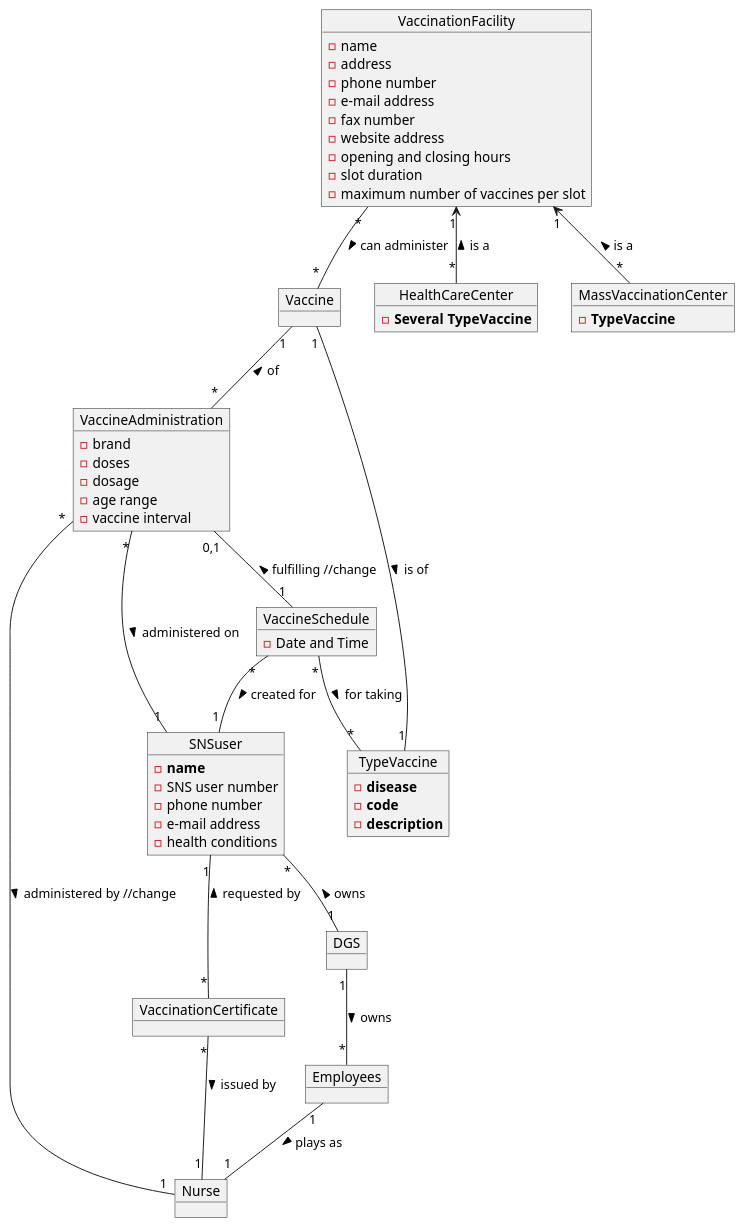
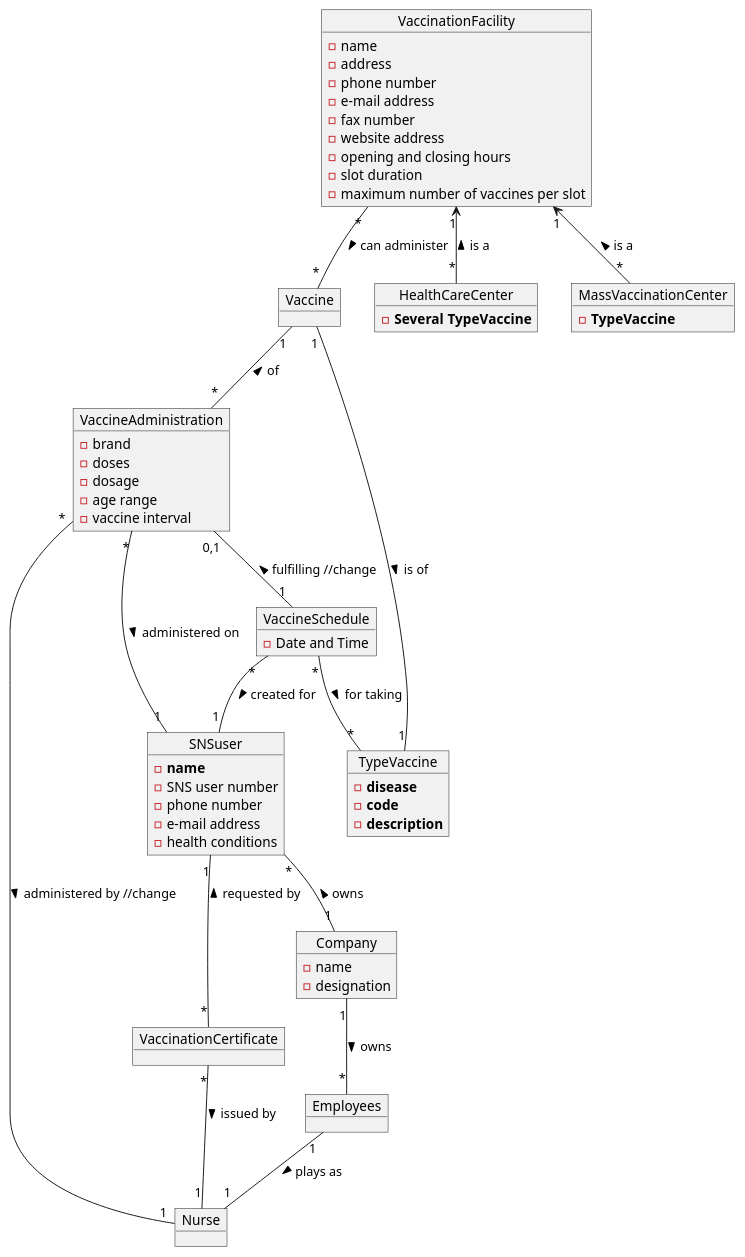
The diagram in docs/SprintD/US008/US008_MD.puml (osnilas/SNSsystem), drawn with PlantUML before and after one commit. The commit also changed 14 other files, not shown here.

```diff
--- a/docs/SprintD/US008/US008_MD.puml
+++ b/docs/SprintD/US008/US008_MD.puml
@@ -1,69 +1,72 @@
 @startuml
 'https://plantuml.com/class-diagram
 
 object SNSuser{
 -**name**
 -SNS user number
 -phone number
 -e-mail address
 -health conditions
 }
-object DGS
+object Company{
+-name
+-designation
+}
 object Employees
 object Nurse
 object VaccinationFacility{
 -name
 -address
 -phone number
 -e-mail address
 -fax number
 -website address
 -opening and closing hours
 -slot duration
 -maximum number of vaccines per slot
 }
 object HealthCareCenter{
 -**Several TypeVaccine**
 }
 object MassVaccinationCenter{
 -**TypeVaccine**
 }
 object TypeVaccine{
 -**disease**
 -**code**
 -**description**
 }
 
 object Vaccine
 
 object VaccineSchedule{
 -Date and Time
 }
 
 object VaccineAdministration {
 -brand
 -doses
 -dosage
 -age range
 -vaccine interval
 }
 object VaccinationCertificate
 
 
-DGS"1" -- "*"Employees : > owns
+Company"1" -- "*"Employees : > owns
 Employees"1"--"1" Nurse: > plays as
-SNSuser"*"--"1" DGS : < owns
+SNSuser"*"--"1" Company : < owns
 SNSuser "1"--"*" VaccinationCertificate: < requested by
 VaccinationFacility"1"<--"*" MassVaccinationCenter: < is a
 VaccinationFacility"1"<--"*" HealthCareCenter: < is a
 VaccinationFacility "*"--"*" Vaccine: > can administer
 VaccineSchedule"*" -- "1"SNSuser: > created for
 VaccineAdministration"*" -- "1"Nurse: > administered by //change
 Vaccine"1" -- "*"VaccineAdministration: < of
 VaccineAdministration"*" -- "1"SNSuser: > administered on
 VaccineAdministration"0,1" -- "1"VaccineSchedule: < fulfilling //change
 VaccinationCertificate"*" -- "1"Nurse: > issued by
 VaccineSchedule"*" -- "*"TypeVaccine:> for taking
 Vaccine"1" --"1" TypeVaccine:> is of
 
 @enduml
```
